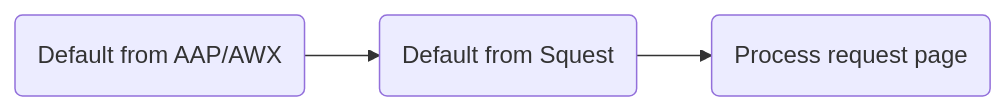
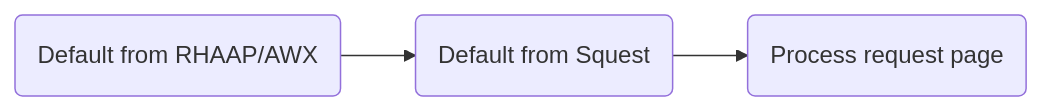
Before and after one commit to HewlettPackard/squest: the first of 2 diagrams in docs/manual/service_catalog/operation.md, drawn with Mermaid. The commit also changed other lines of this file and 16 other files, not shown here.

Commit message:
rename AAP --> RHAAP

````diff
--- a/docs/manual/service_catalog/operation.md
+++ b/docs/manual/service_catalog/operation.md
@@ -51,4 +51,4 @@
 ```mermaid
 flowchart LR
-    AAP/AWX(Default from AAP/AWX) --> Squest(Default from Squest) --> Process(Process request page)
+    RHAAP/AWX(Default from RHAAP/AWX) --> Squest(Default from Squest) --> Process(Process request page)
 ```
````
